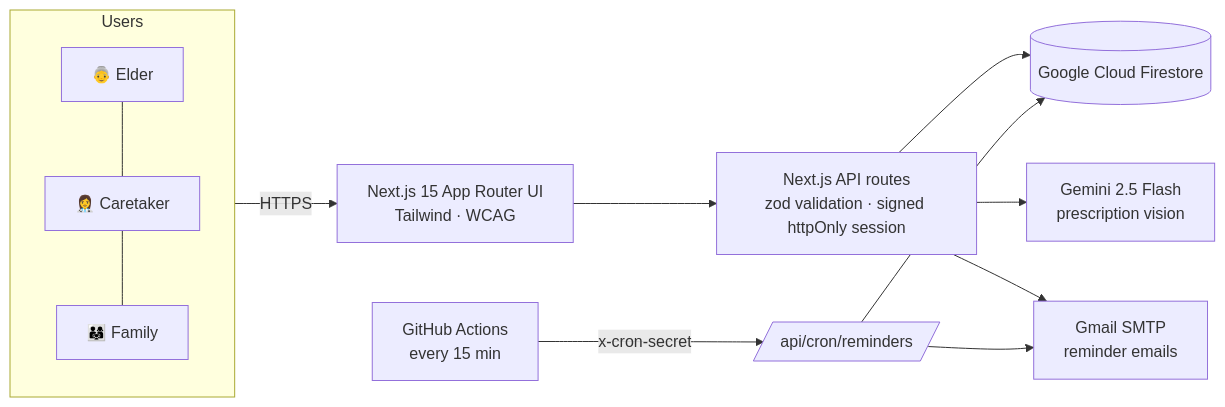
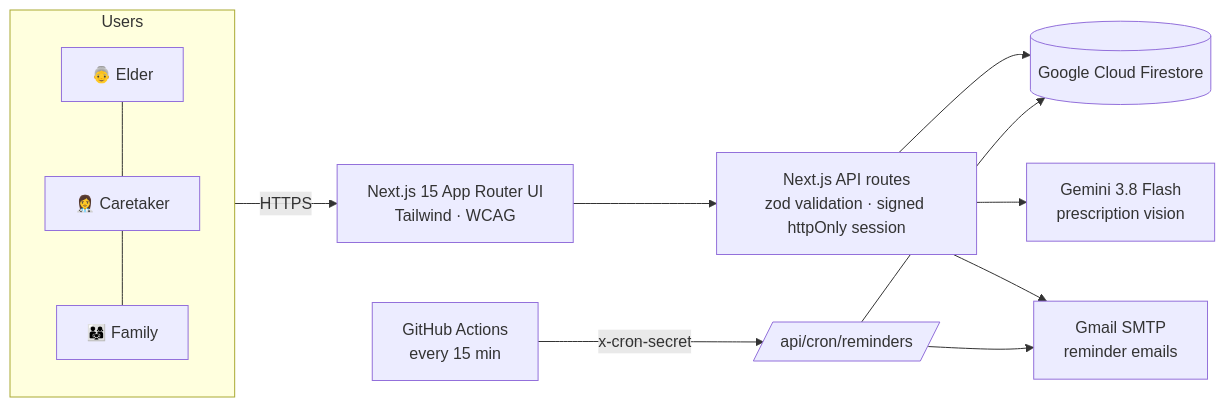
One commit to pandirisiva234-pixel/carecircle changed the diagram in README.md. Above: the diagram before and after it, drawn with Mermaid. The commit also changed other lines of this file and 6 other files, not shown here.

Commit message:
fix(ai): gemini-3.8-flash with automatic model fallback, Indian dosage notation, friendly errors

````diff
--- a/README.md
+++ b/README.md
@@ -63,14 +63,14 @@
 ```mermaid
 flowchart LR
   subgraph Users
     E[👵 Elder] --- C[👩‍⚕️ Caretaker] --- F[👨‍👩‍👧 Family]
   end
   Users -->|HTTPS| UI[Next.js 15 App Router UI<br/>Tailwind · WCAG]
   UI --> API[Next.js API routes<br/>zod validation · signed httpOnly session]
   API --> DB[(Google Cloud Firestore)]
-  API --> GEM[Gemini 2.5 Flash<br/>prescription vision]
+  API --> GEM[Gemini 3.8 Flash<br/>prescription vision]
   API --> MAIL[Gmail SMTP<br/>reminder emails]
   GH[GitHub Actions<br/>every 15 min] -->|x-cron-secret| CRON[/api/cron/reminders/]
   CRON --> DB
   CRON --> MAIL
 ```
````
